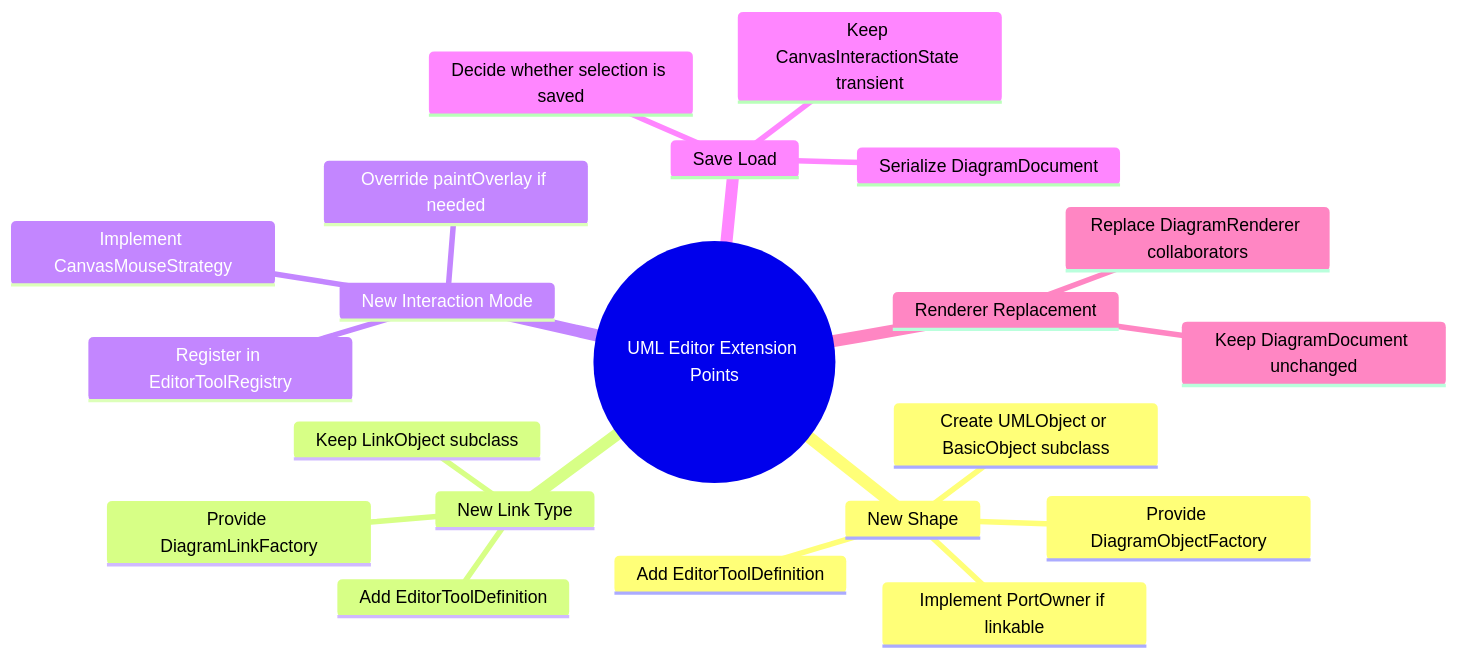
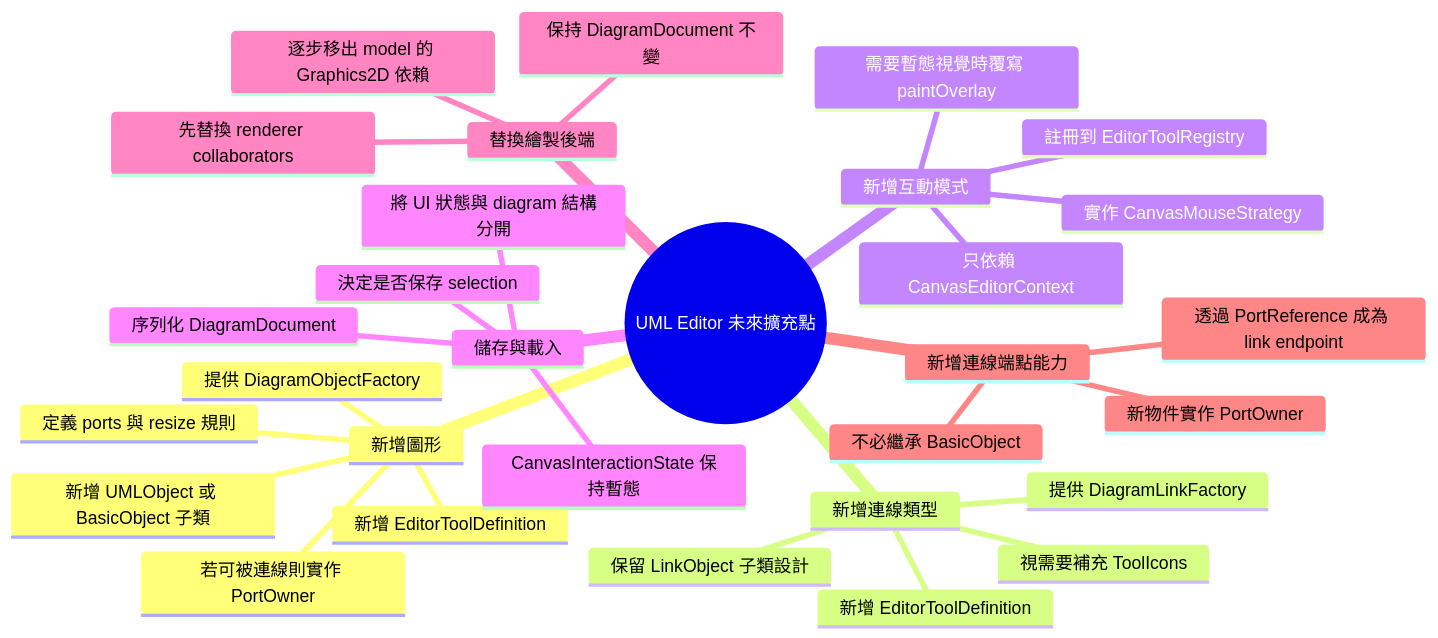
Diagram 11 of 11 in ARCHITECTURE.md (HsuChen88/UML-demo), drawn with Mermaid before and after one commit. The commit also changed other lines of this file, not shown here.

Commit message:
docs: upate ARCHITECTURE.md

````diff
--- a/ARCHITECTURE.md
+++ b/ARCHITECTURE.md
@@ -477,24 +552,33 @@
 ```mermaid
 mindmap
-  root((UML Editor Extension Points))
-    New Shape
-      Create UMLObject or BasicObject subclass
-      Implement PortOwner if linkable
-      Add EditorToolDefinition
-      Provide DiagramObjectFactory
-    New Link Type
-      Keep LinkObject subclass
-      Provide DiagramLinkFactory
-      Add EditorToolDefinition
-    New Interaction Mode
-      Implement CanvasMouseStrategy
-      Override paintOverlay if needed
-      Register in EditorToolRegistry
-    Save Load
-      Serialize DiagramDocument
-      Keep CanvasInteractionState transient
-      Decide whether selection is saved
-    Renderer Replacement
-      Replace DiagramRenderer collaborators
-      Keep DiagramDocument unchanged
+  root((UML Editor 未來擴充點))
+    新增圖形
+      新增 UMLObject 或 BasicObject 子類
+      若可被連線則實作 PortOwner
+      定義 ports 與 resize 規則
+      新增 EditorToolDefinition
+      提供 DiagramObjectFactory
+    新增連線類型
+      保留 LinkObject 子類設計
+      提供 DiagramLinkFactory
+      新增 EditorToolDefinition
+      視需要補充 ToolIcons
+    新增互動模式
+      實作 CanvasMouseStrategy
+      只依賴 CanvasEditorContext
+      需要暫態視覺時覆寫 paintOverlay
+      註冊到 EditorToolRegistry
+    儲存與載入
+      序列化 DiagramDocument
+      CanvasInteractionState 保持暫態
+      決定是否保存 selection
+      將 UI 狀態與 diagram 結構分開
+    替換繪製後端
+      先替換 renderer collaborators
+      逐步移出 model 的 Graphics2D 依賴
+      保持 DiagramDocument 不變
+    新增連線端點能力
+      新物件實作 PortOwner
+      透過 PortReference 成為 link endpoint
+      不必繼承 BasicObject
 ```
````
